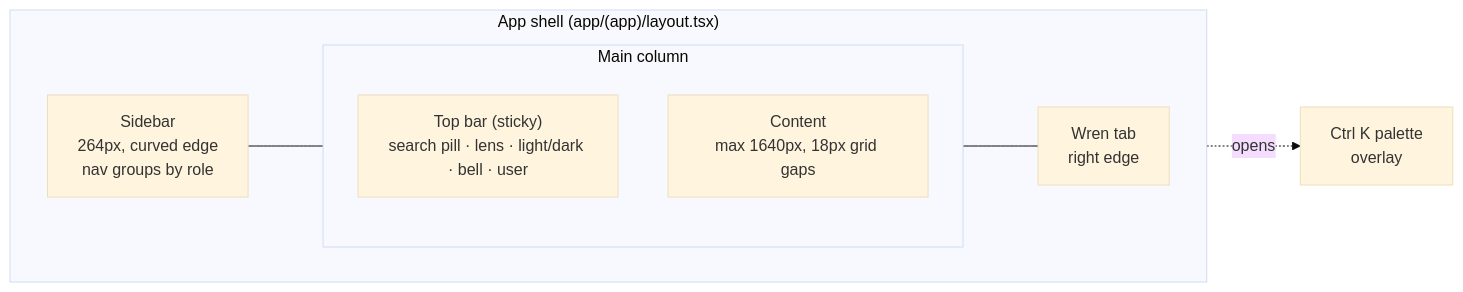
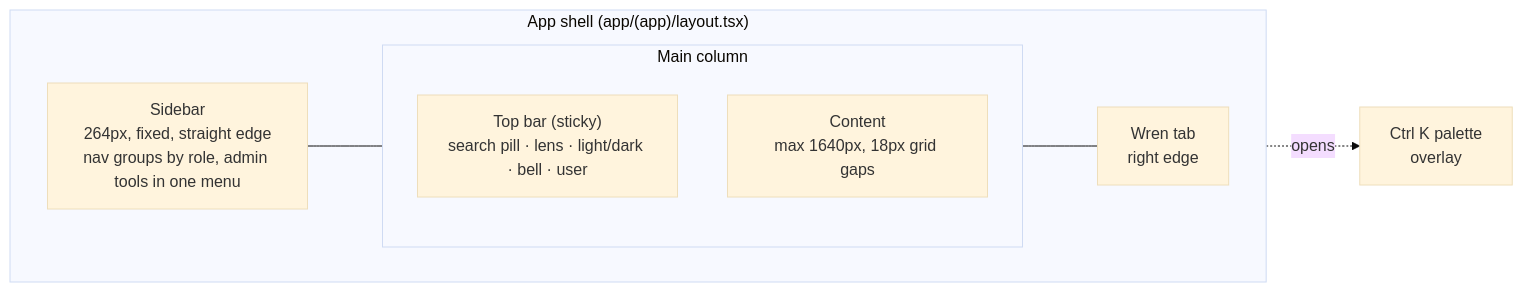
One commit to sonishivam1/ambient-crm changed the diagram in docs/design/design-system.md. Above: the diagram before and after it, drawn with Mermaid (base theme). The commit also changed other lines of this file and 6 other files, not shown here.

First line of the commit message:
Sidebar: straight edge, fixed, never scrolls

````diff
--- a/docs/design/design-system.md
+++ b/docs/design/design-system.md
@@ -35,17 +35,17 @@
 ```mermaid
 flowchart LR
   subgraph shell["App shell (app/(app)/layout.tsx)"]
     direction LR
-    side["Sidebar<br/>264px, curved edge<br/>nav groups by role"]
+    side["Sidebar<br/>264px, fixed, straight edge<br/>nav groups by role, admin tools in one menu"]
     subgraph main["Main column"]
       direction TB
       top["Top bar (sticky)<br/>search pill · lens · light/dark · bell · user"]
       content["Content<br/>max 1640px, 18px grid gaps"]
     end
     wren["Wren tab<br/>right edge"]
   end
   palette["Ctrl K palette<br/>overlay"]
   side --- main
   main --- wren
   top -. opens .-> palette
 ```
````
